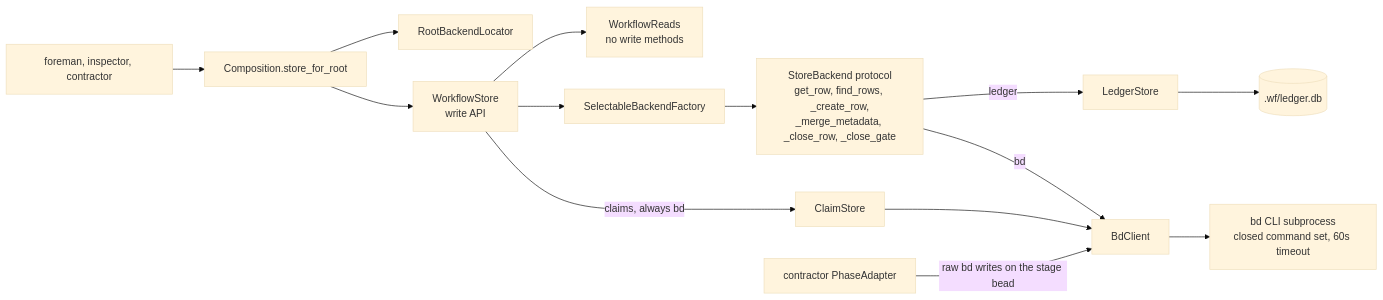
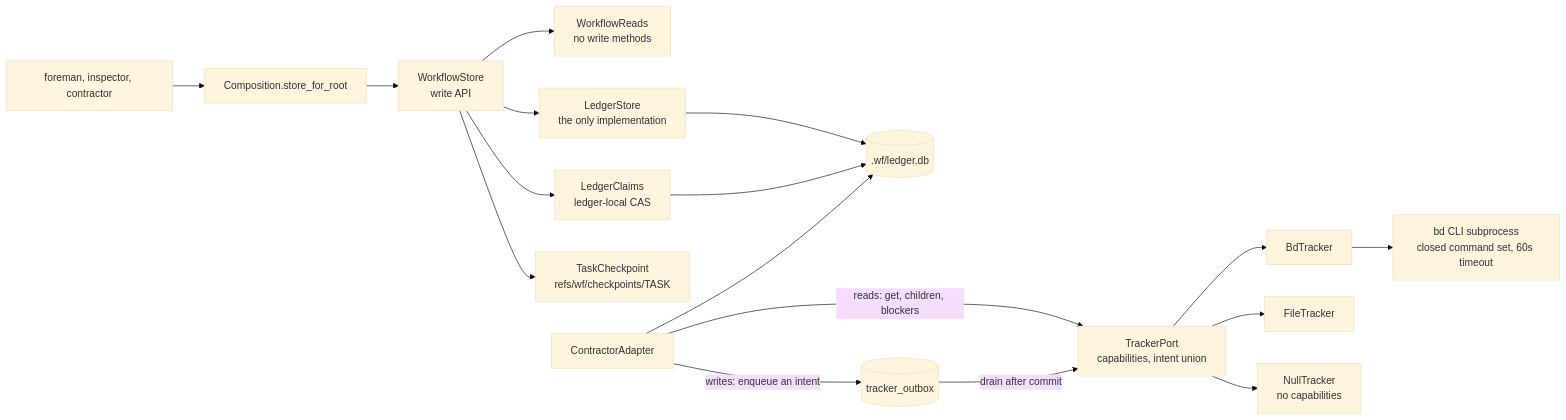
One commit to MVPavan/coding-ritual changed diagram 39 of 45 in docs/workflow-interpreter-guide/diagrams.md. Above: the diagram before and after it, drawn with Mermaid (base theme). The commit also changed other lines of this file and 7 other files, not shown here.

First line of the commit message:
docs(store-restructure): close the epic out — the docs tell the truth

````diff
--- a/docs/workflow-interpreter-guide/diagrams.md
+++ b/docs/workflow-interpreter-guide/diagrams.md
@@ -1621,16 +1672,18 @@
 ```mermaid
 flowchart LR
   CALLERS["foreman, inspector, contractor"] --> COMP["Composition.store_for_root"]
-  COMP --> LOC["RootBackendLocator"]
   COMP --> WS["WorkflowStore<br/>write API"]
   WS --> WR["WorkflowReads<br/>no write methods"]
-  WS --> FACT["SelectableBackendFactory"]
-  FACT --> PROTO["StoreBackend protocol<br/>get_row, find_rows, _create_row,<br/>_merge_metadata, _close_row, _close_gate"]
-  PROTO -->|"bd"| BDC["BdClient"]
-  PROTO -->|"ledger"| LS["LedgerStore"]
-  WS -->|"claims, always bd"| CLAIMS["ClaimStore"]
-  CLAIMS --> BDC
-  BDC --> BDCLI["bd CLI subprocess<br/>closed command set, 60s timeout"]
+  WS --> LS["LedgerStore<br/>the only implementation"]
+  WS --> CLAIMS["LedgerClaims<br/>ledger-local CAS"]
+  WS --> CKPT["TaskCheckpoint<br/>refs/wf/checkpoints/TASK"]
   LS --> SQL[(".wf/ledger.db")]
-  ADAPTER["contractor PhaseAdapter"] -->|"raw bd writes on the stage bead"| BDC
+  CLAIMS --> SQL
+  ADAPTER["ContractorAdapter"] --> SQL
+  ADAPTER -->|"reads: get, children, blockers"| PORT["TrackerPort<br/>capabilities, intent union"]
+  ADAPTER -->|"writes: enqueue an intent"| OUT[("tracker_outbox")]
+  OUT -->|"drain after commit"| PORT
+  PORT --> BDT["BdTracker"] --> BDCLI["bd CLI subprocess<br/>closed command set, 60s timeout"]
+  PORT --> FT["FileTracker"]
+  PORT --> NT["NullTracker<br/>no capabilities"]
 ```
````
